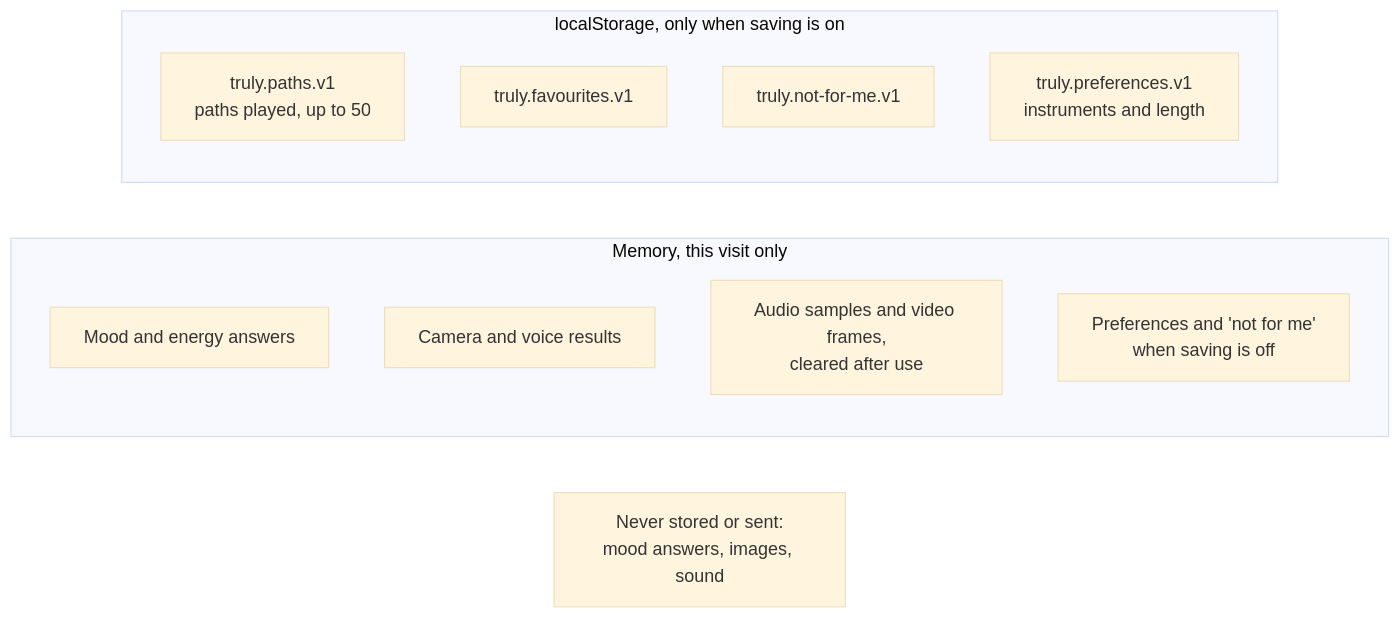
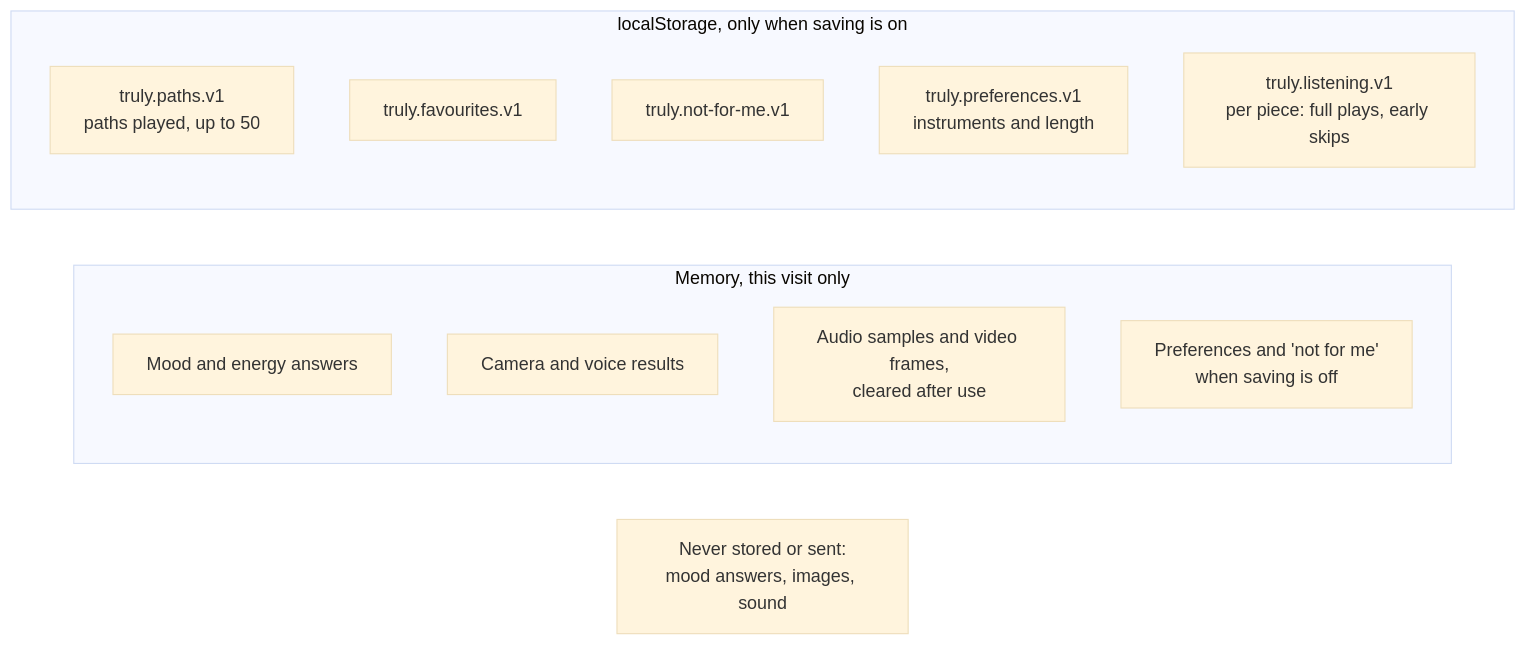
One commit to hashtagRR/Truly changed diagram 11 of 11 in references/ARCHITECTURE.md. Above: the diagram before and after it, drawn with Mermaid (base theme). The commit also changed other lines of this file and 9 other files, not shown here.

````diff
--- a/references/ARCHITECTURE.md
+++ b/references/ARCHITECTURE.md
@@ -303,16 +308,17 @@
 ```mermaid
 flowchart LR
   subgraph Memory["Memory, this visit only"]
     M1["Mood and energy answers"]
     M2["Camera and voice results"]
     M3["Audio samples and video frames,<br/>cleared after use"]
     M4["Preferences and 'not for me'<br/>when saving is off"]
   end
   subgraph Browser["localStorage, only when saving is on"]
     B1["truly.paths.v1<br/>paths played, up to 50"]
     B2["truly.favourites.v1"]
     B3["truly.not-for-me.v1"]
     B4["truly.preferences.v1<br/>instruments and length"]
+    B5["truly.listening.v1<br/>per piece: full plays, early skips"]
   end
   Nowhere["Never stored or sent:<br/>mood answers, images, sound"]
 ```
````
